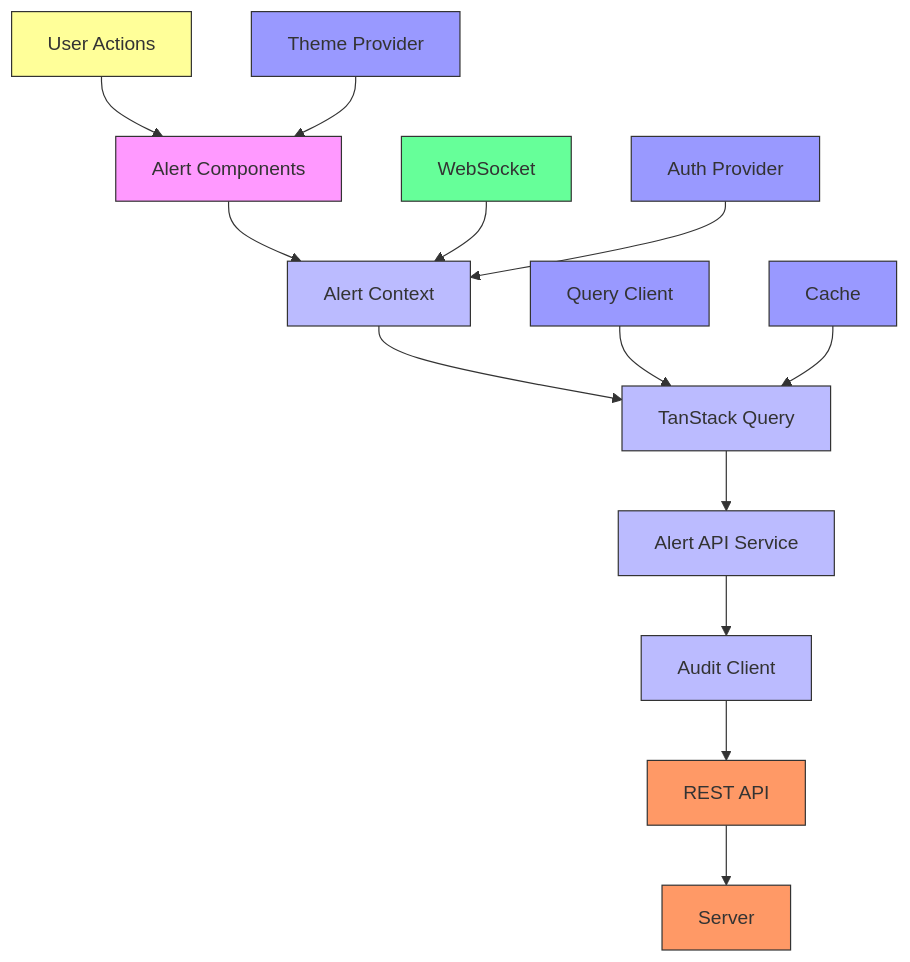
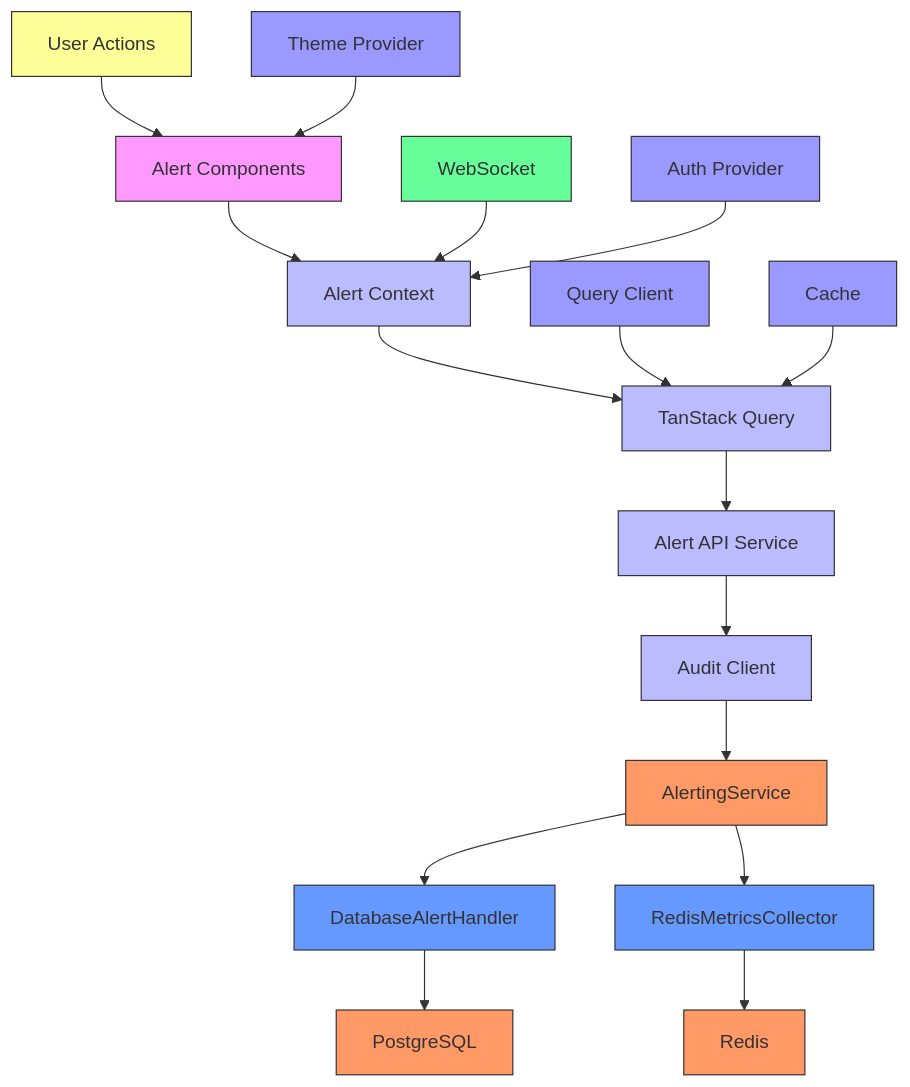
Before and after one commit to smedrec/smart-logs: the eighth of 8 diagrams in .qoder/repowiki/en/content/Alert Management System.md, drawn with Mermaid. The commit also changed other lines of this file and 23 other files, not shown here.

````diff
--- a/.qoder/repowiki/en/content/Alert Management System.md
+++ b/.qoder/repowiki/en/content/Alert Management System.md
@@ -418,28 +538,34 @@
 ```mermaid
 graph TD
 A[Alert Components] --> B[Alert Context]
 B --> C[TanStack Query]
 C --> D[Alert API Service]
 D --> E[Audit Client]
-E --> F[REST API]
-F --> G[Server]
-H[WebSocket] --> B
-I[User Actions] --> A
-J[Theme Provider] --> A
-K[Auth Provider] --> B
-L[Query Client] --> C
-M[Cache] --> C
+E --> F[AlertingService]
+F --> G[DatabaseAlertHandler]
+F --> H[RedisMetricsCollector]
+G --> I[PostgreSQL]
+H --> J[Redis]
+K[WebSocket] --> B
+L[User Actions] --> A
+M[Theme Provider] --> A
+N[Auth Provider] --> B
+O[Query Client] --> C
+P[Cache] --> C
 style A fill:#f9f,stroke:#333
 style B fill:#bbf,stroke:#333
 style C fill:#bbf,stroke:#333
 style D fill:#bbf,stroke:#333
 style E fill:#bbf,stroke:#333
 style F fill:#f96,stroke:#333
-style G fill:#f96,stroke:#333
-style H fill:#6f9,stroke:#333
-style I fill:#ff9,stroke:#333
-style J fill:#99f,stroke:#333
-style K fill:#99f,stroke:#333
-style L fill:#99f,stroke:#333
+style G fill:#69f,stroke:#333
+style H fill:#69f,stroke:#333
+style I fill:#f96,stroke:#333
+style J fill:#f96,stroke:#333
+style K fill:#6f9,stroke:#333
+style L fill:#ff9,stroke:#333
 style M fill:#99f,stroke:#333
+style N fill:#99f,stroke:#333
+style O fill:#99f,stroke:#333
+style P fill:#99f,stroke:#333
 ```
````
